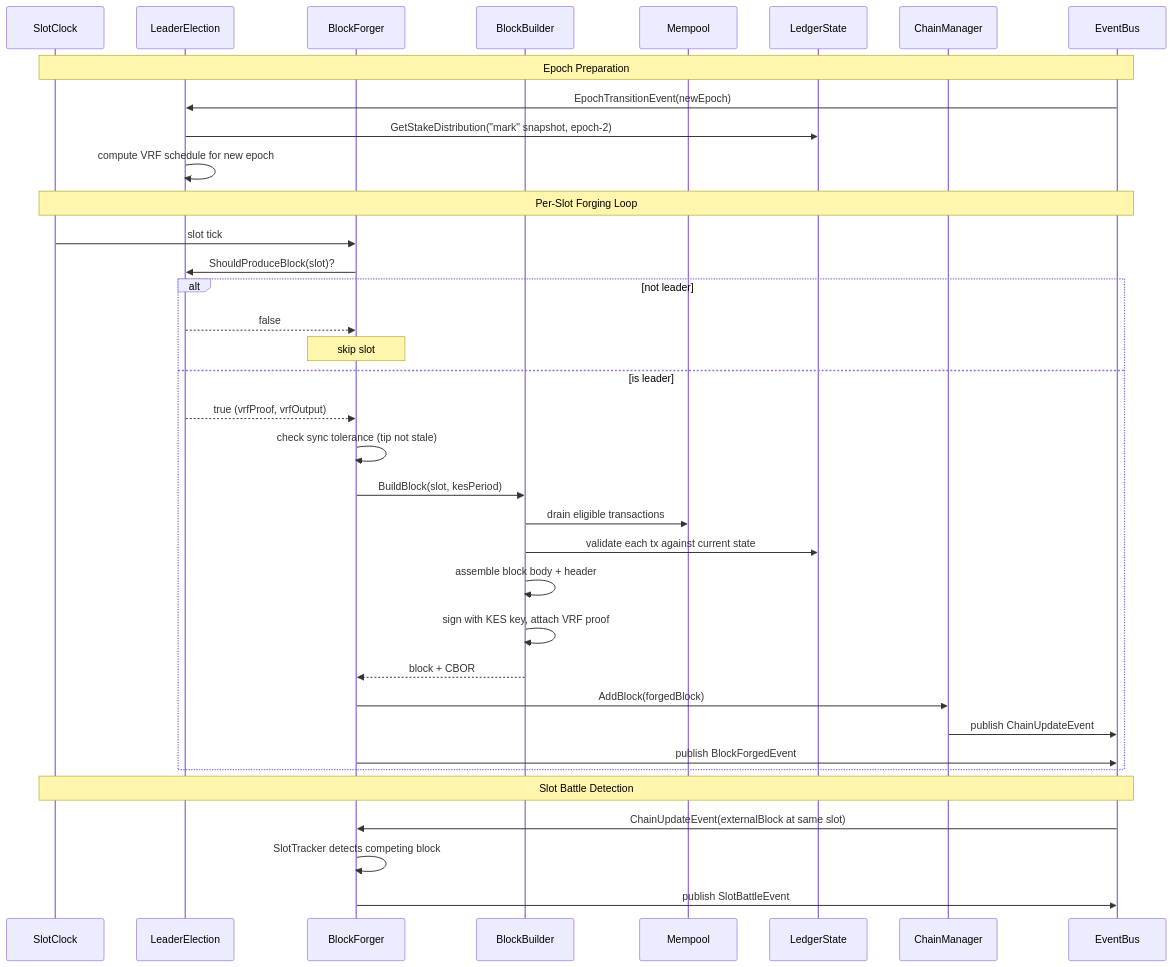
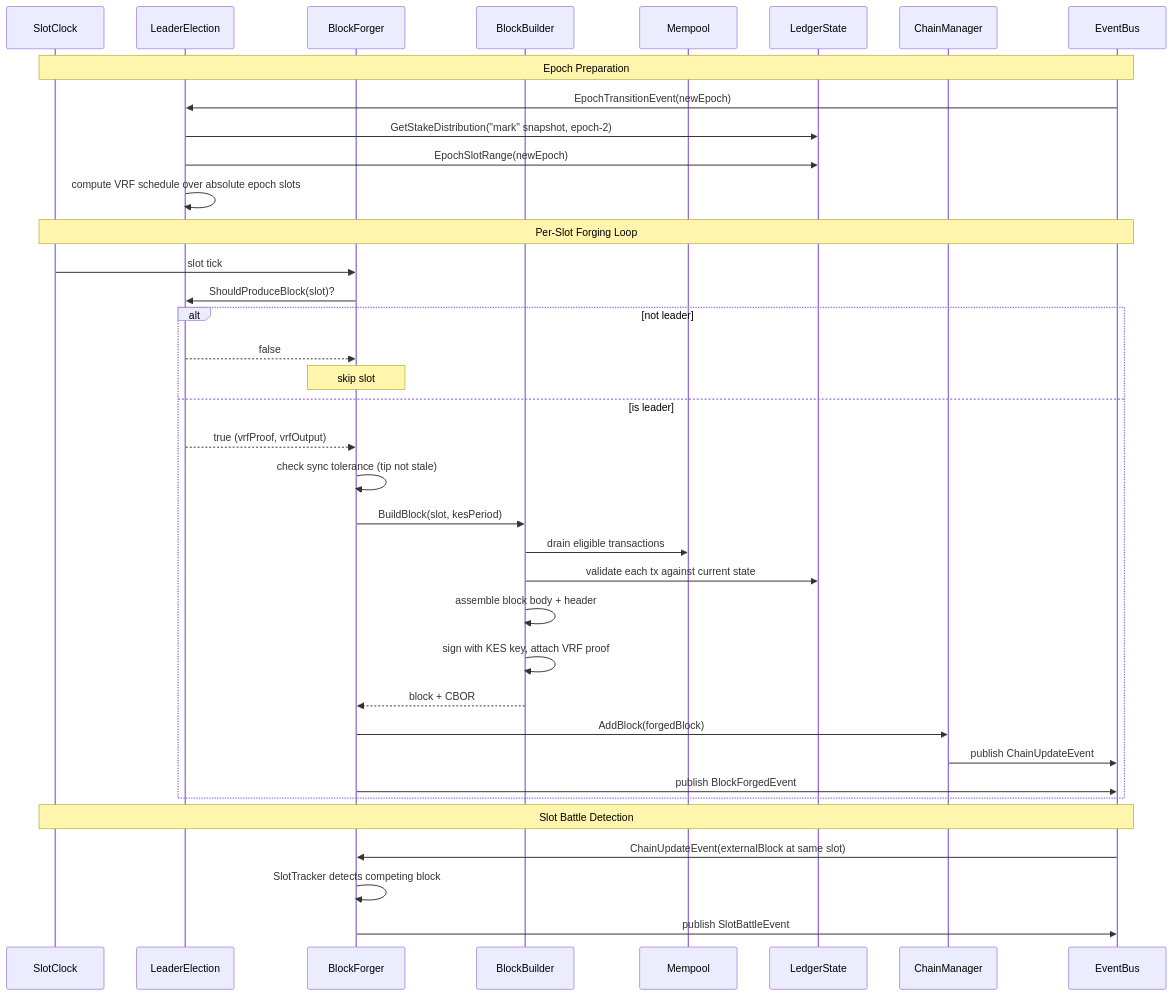
Before and after one commit to blinklabs-io/dingo: the fifth of 5 diagrams in ARCHITECTURE.md, drawn with Mermaid. The commit also changed other lines of this file and 15 other files, not shown here.

````diff
--- a/ARCHITECTURE.md
+++ b/ARCHITECTURE.md
@@ -360,41 +360,42 @@
 ```mermaid
 sequenceDiagram
     participant SC as SlotClock
     participant LE as LeaderElection
     participant BF as BlockForger
     participant BB as BlockBuilder
     participant MP as Mempool
     participant LS as LedgerState
     participant ChM as ChainManager
     participant EB as EventBus
 
     Note over SC,EB: Epoch Preparation
     EB->>LE: EpochTransitionEvent(newEpoch)
     LE->>LS: GetStakeDistribution("mark" snapshot, epoch-2)
-    LE->>LE: compute VRF schedule for new epoch
+    LE->>LS: EpochSlotRange(newEpoch)
+    LE->>LE: compute VRF schedule over absolute epoch slots
 
     Note over SC,EB: Per-Slot Forging Loop
     SC->>BF: slot tick
     BF->>LE: ShouldProduceBlock(slot)?
     alt not leader
         LE-->>BF: false
         Note over BF: skip slot
     else is leader
         LE-->>BF: true (vrfProof, vrfOutput)
         BF->>BF: check sync tolerance (tip not stale)
         BF->>BB: BuildBlock(slot, kesPeriod)
         BB->>MP: drain eligible transactions
         BB->>LS: validate each tx against current state
         BB->>BB: assemble block body + header
         BB->>BB: sign with KES key, attach VRF proof
         BB-->>BF: block + CBOR
         BF->>ChM: AddBlock(forgedBlock)
         ChM->>EB: publish ChainUpdateEvent
         BF->>EB: publish BlockForgedEvent
     end
 
     Note over SC,EB: Slot Battle Detection
     EB->>BF: ChainUpdateEvent(externalBlock at same slot)
     BF->>BF: SlotTracker detects competing block
     BF->>EB: publish SlotBattleEvent
 ```
````
